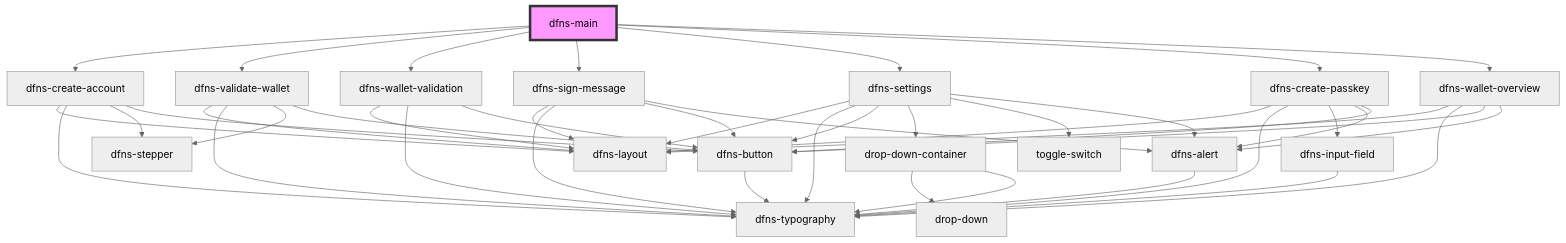
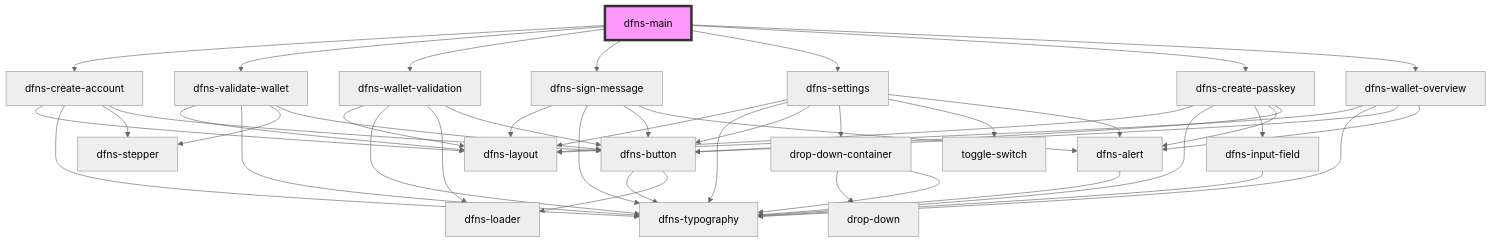
One commit to dfnsext/web-ui changed the diagram in src/components/Pages/dfns-main/readme.md. Above: the diagram before and after it, drawn with Mermaid (neutral theme). The commit also changed 18 other files, not shown here.

````diff
--- a/src/components/Pages/dfns-main/readme.md
+++ b/src/components/Pages/dfns-main/readme.md
@@ -29,46 +29,48 @@
 ```mermaid
 graph TD;
   dfns-main --> dfns-create-account
   dfns-main --> dfns-validate-wallet
   dfns-main --> dfns-wallet-validation
   dfns-main --> dfns-sign-message
   dfns-main --> dfns-settings
   dfns-main --> dfns-create-passkey
   dfns-main --> dfns-wallet-overview
   dfns-create-account --> dfns-layout
   dfns-create-account --> dfns-typography
   dfns-create-account --> dfns-stepper
   dfns-create-account --> dfns-button
   dfns-button --> dfns-typography
+  dfns-button --> dfns-loader
   dfns-validate-wallet --> dfns-layout
   dfns-validate-wallet --> dfns-typography
   dfns-validate-wallet --> dfns-stepper
   dfns-validate-wallet --> dfns-button
   dfns-wallet-validation --> dfns-layout
   dfns-wallet-validation --> dfns-typography
+  dfns-wallet-validation --> dfns-loader
   dfns-wallet-validation --> dfns-button
   dfns-sign-message --> dfns-layout
   dfns-sign-message --> dfns-typography
   dfns-sign-message --> dfns-button
   dfns-sign-message --> dfns-alert
   dfns-alert --> dfns-typography
   dfns-settings --> dfns-layout
   dfns-settings --> dfns-typography
   dfns-settings --> dfns-button
   dfns-settings --> drop-down-container
   dfns-settings --> toggle-switch
   dfns-settings --> dfns-alert
   drop-down-container --> drop-down
   drop-down-container --> dfns-typography
   dfns-create-passkey --> dfns-layout
   dfns-create-passkey --> dfns-typography
   dfns-create-passkey --> dfns-input-field
   dfns-create-passkey --> dfns-alert
   dfns-create-passkey --> dfns-button
   dfns-input-field --> dfns-typography
   dfns-wallet-overview --> dfns-layout
   dfns-wallet-overview --> dfns-typography
   dfns-wallet-overview --> dfns-button
   dfns-wallet-overview --> dfns-alert
   style dfns-main fill:#f9f,stroke:#333,stroke-width:4px
 ```
````
